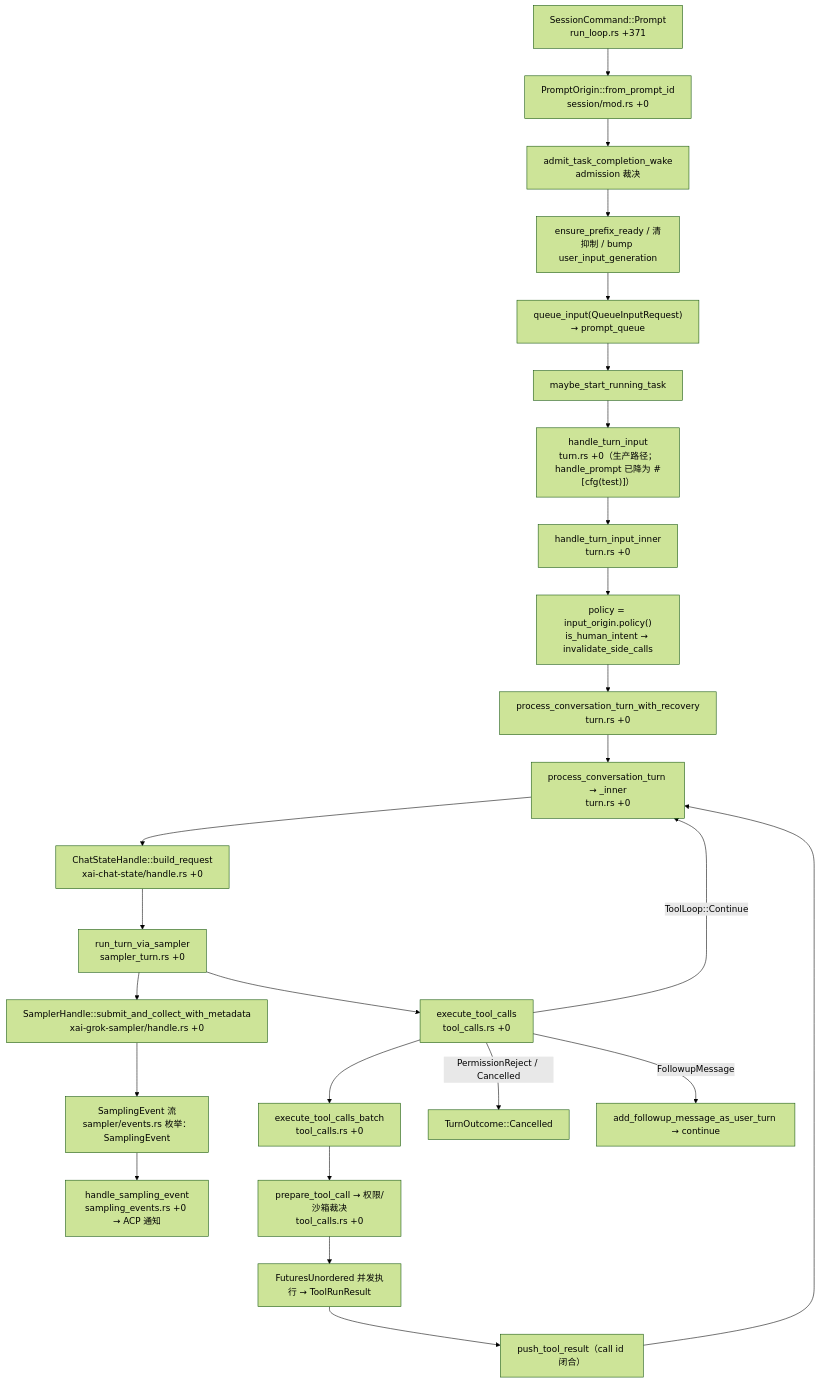
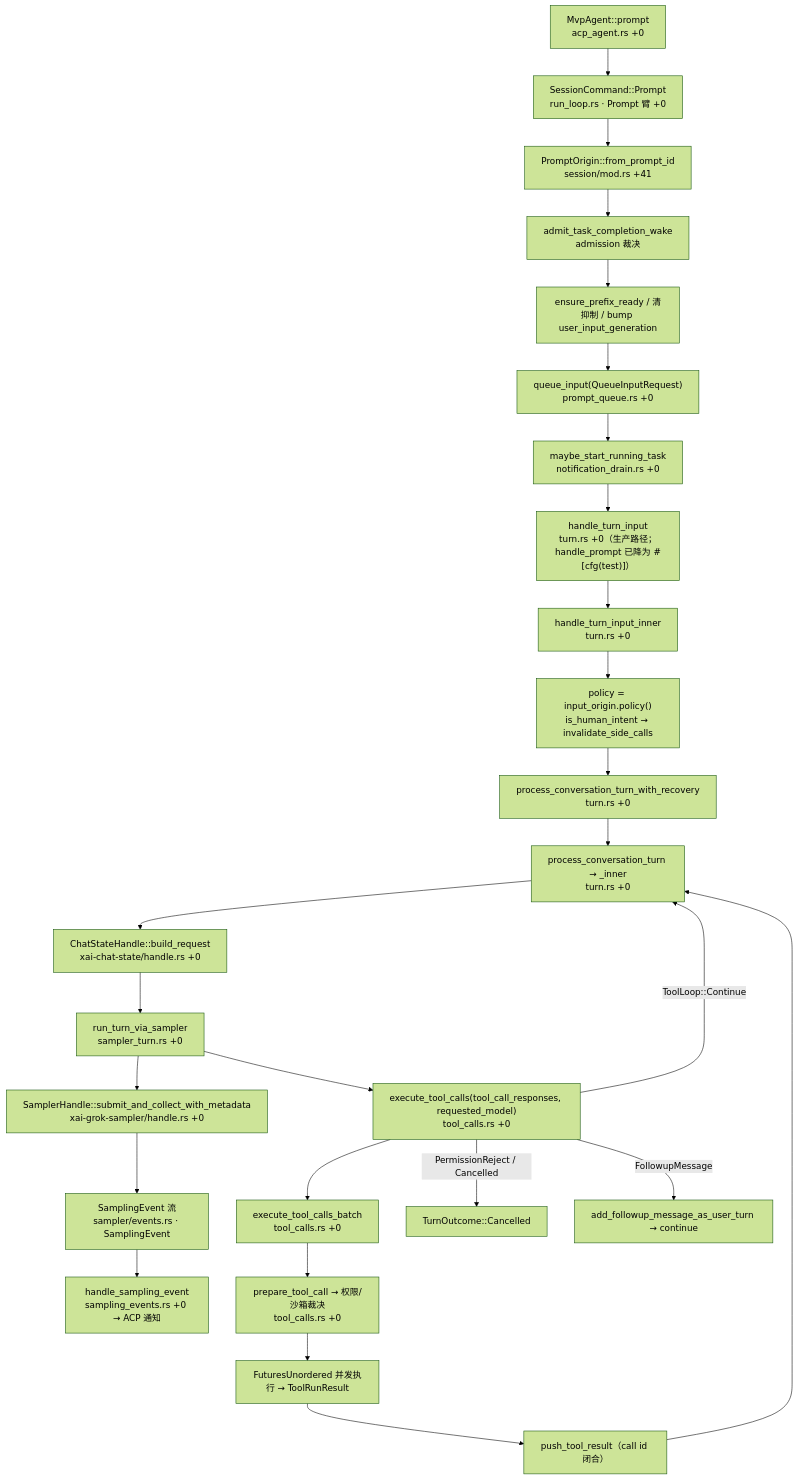
Before and after one commit to adrian9778/grok-build: the second of 2 diagrams in docs/adrian/sourceReader/09-Agent会话与模型循环.md, drawn with Mermaid (forest theme). The commit also changed other lines of this file and 18 other files, not shown here.

````diff
--- a/docs/adrian/sourceReader/09-Agent会话与模型循环.md
+++ b/docs/adrian/sourceReader/09-Agent会话与模型循环.md
@@ -105,27 +112,28 @@
 ```mermaid
 flowchart TD
-    A["SessionCommand::Prompt<br/>run_loop.rs +371"] --> B["PromptOrigin::from_prompt_id<br/>session/mod.rs +0"]
+    A["MvpAgent::prompt<br/>acp_agent.rs +0"] --> A2["SessionCommand::Prompt<br/>run_loop.rs · Prompt 臂 +0"]
+    A2 --> B["PromptOrigin::from_prompt_id<br/>session/mod.rs +41"]
     B --> C["admit_task_completion_wake<br/>admission 裁决"]
     C --> D["ensure_prefix_ready / 清抑制 / bump user_input_generation"]
-    D --> E["queue_input(QueueInputRequest)<br/>→ prompt_queue"]
-    E --> F["maybe_start_running_task"]
+    D --> E["queue_input(QueueInputRequest)<br/>prompt_queue.rs +0"]
+    E --> F["maybe_start_running_task<br/>notification_drain.rs +0"]
     F --> G["handle_turn_input<br/>turn.rs +0（生产路径；handle_prompt 已降为 #[cfg(test)]）"]
     G --> H["handle_turn_input_inner<br/>turn.rs +0"]
     H --> I["policy = input_origin.policy()<br/>is_human_intent → invalidate_side_calls"]
     I --> J["process_conversation_turn_with_recovery<br/>turn.rs +0"]
     J --> K["process_conversation_turn → _inner<br/>turn.rs +0"]
     K --> L["ChatStateHandle::build_request<br/>xai-chat-state/handle.rs +0"]
     L --> M["run_turn_via_sampler<br/>sampler_turn.rs +0"]
     M --> N["SamplerHandle::submit_and_collect_with_metadata<br/>xai-grok-sampler/handle.rs +0"]
-    N --> O["SamplingEvent 流<br/>sampler/events.rs 枚举：SamplingEvent"]
+    N --> O["SamplingEvent 流<br/>sampler/events.rs · SamplingEvent"]
     O --> P["handle_sampling_event<br/>sampling_events.rs +0 → ACP 通知"]
-    M --> Q["execute_tool_calls<br/>tool_calls.rs +0"]
+    M --> Q["execute_tool_calls(tool_call_responses, requested_model)<br/>tool_calls.rs +0"]
     Q --> R["execute_tool_calls_batch<br/>tool_calls.rs +0"]
     R --> S["prepare_tool_call → 权限/沙箱裁决<br/>tool_calls.rs +0"]
     S --> T["FuturesUnordered 并发执行 → ToolRunResult"]
     T --> U["push_tool_result（call id 闭合）"]
     U --> K
     Q -->|"ToolLoop::Continue"| K
     Q -->|"PermissionReject / Cancelled"| V["TurnOutcome::Cancelled"]
     Q -->|"FollowupMessage"| W["add_followup_message_as_user_turn → continue"]
 ```
````
